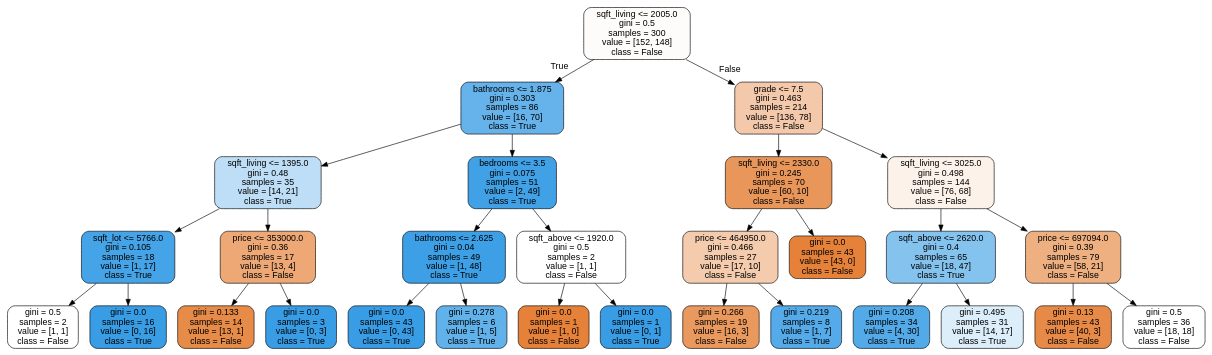
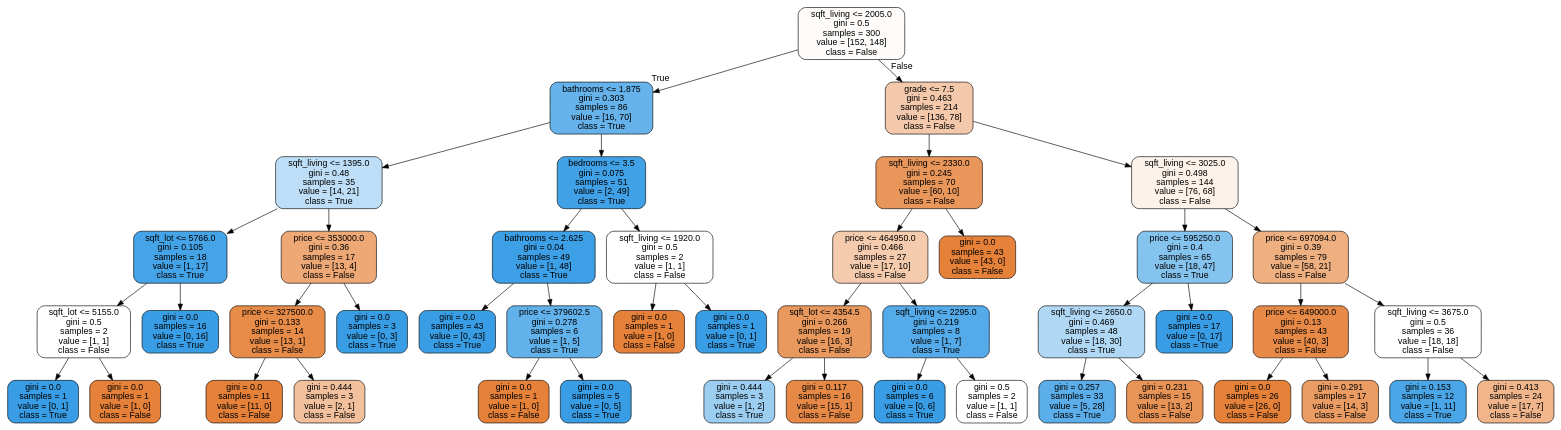
One commit to CSeijiM/Chatbot changed the diagram in res.dot. Above: the diagram before and after it, drawn with Graphviz. The commit also changed 5 other files, not shown here.

```diff
--- a/res.dot
+++ b/res.dot
@@ -1,61 +1,93 @@
 digraph Tree {
 node [shape=box, style="filled, rounded", color="black", fontname=helvetica] ;
 edge [fontname=helvetica] ;
 0 [label="sqft_living <= 2005.0\ngini = 0.5\nsamples = 300\nvalue = [152, 148]\nclass = False", fillcolor="#fefcfa"] ;
 1 [label="bathrooms <= 1.875\ngini = 0.303\nsamples = 86\nvalue = [16, 70]\nclass = True", fillcolor="#66b3eb"] ;
 0 -> 1 [labeldistance=2.5, labelangle=45, headlabel="True"] ;
 2 [label="sqft_living <= 1395.0\ngini = 0.48\nsamples = 35\nvalue = [14, 21]\nclass = True", fillcolor="#bddef6"] ;
 1 -> 2 ;
 3 [label="sqft_lot <= 5766.0\ngini = 0.105\nsamples = 18\nvalue = [1, 17]\nclass = True", fillcolor="#45a3e7"] ;
 2 -> 3 ;
-4 [label="gini = 0.5\nsamples = 2\nvalue = [1, 1]\nclass = False", fillcolor="#ffffff"] ;
+4 [label="sqft_lot <= 5155.0\ngini = 0.5\nsamples = 2\nvalue = [1, 1]\nclass = False", fillcolor="#ffffff"] ;
 3 -> 4 ;
-5 [label="gini = 0.0\nsamples = 16\nvalue = [0, 16]\nclass = True", fillcolor="#399de5"] ;
-3 -> 5 ;
-6 [label="price <= 353000.0\ngini = 0.36\nsamples = 17\nvalue = [13, 4]\nclass = False", fillcolor="#eda876"] ;
-2 -> 6 ;
-7 [label="gini = 0.133\nsamples = 14\nvalue = [13, 1]\nclass = False", fillcolor="#e78b48"] ;
-6 -> 7 ;
-8 [label="gini = 0.0\nsamples = 3\nvalue = [0, 3]\nclass = True", fillcolor="#399de5"] ;
-6 -> 8 ;
-9 [label="bedrooms <= 3.5\ngini = 0.075\nsamples = 51\nvalue = [2, 49]\nclass = True", fillcolor="#41a1e6"] ;
-1 -> 9 ;
-10 [label="bathrooms <= 2.625\ngini = 0.04\nsamples = 49\nvalue = [1, 48]\nclass = True", fillcolor="#3d9fe6"] ;
+5 [label="gini = 0.0\nsamples = 1\nvalue = [0, 1]\nclass = True", fillcolor="#399de5"] ;
+4 -> 5 ;
+6 [label="gini = 0.0\nsamples = 1\nvalue = [1, 0]\nclass = False", fillcolor="#e58139"] ;
+4 -> 6 ;
+7 [label="gini = 0.0\nsamples = 16\nvalue = [0, 16]\nclass = True", fillcolor="#399de5"] ;
+3 -> 7 ;
+8 [label="price <= 353000.0\ngini = 0.36\nsamples = 17\nvalue = [13, 4]\nclass = False", fillcolor="#eda876"] ;
+2 -> 8 ;
+9 [label="price <= 327500.0\ngini = 0.133\nsamples = 14\nvalue = [13, 1]\nclass = False", fillcolor="#e78b48"] ;
+8 -> 9 ;
+10 [label="gini = 0.0\nsamples = 11\nvalue = [11, 0]\nclass = False", fillcolor="#e58139"] ;
 9 -> 10 ;
-11 [label="gini = 0.0\nsamples = 43\nvalue = [0, 43]\nclass = True", fillcolor="#399de5"] ;
-10 -> 11 ;
-12 [label="gini = 0.278\nsamples = 6\nvalue = [1, 5]\nclass = True", fillcolor="#61b1ea"] ;
-10 -> 12 ;
-13 [label="sqft_above <= 1920.0\ngini = 0.5\nsamples = 2\nvalue = [1, 1]\nclass = False", fillcolor="#ffffff"] ;
-9 -> 13 ;
-14 [label="gini = 0.0\nsamples = 1\nvalue = [1, 0]\nclass = False", fillcolor="#e58139"] ;
+11 [label="gini = 0.444\nsamples = 3\nvalue = [2, 1]\nclass = False", fillcolor="#f2c09c"] ;
+9 -> 11 ;
+12 [label="gini = 0.0\nsamples = 3\nvalue = [0, 3]\nclass = True", fillcolor="#399de5"] ;
+8 -> 12 ;
+13 [label="bedrooms <= 3.5\ngini = 0.075\nsamples = 51\nvalue = [2, 49]\nclass = True", fillcolor="#41a1e6"] ;
+1 -> 13 ;
+14 [label="bathrooms <= 2.625\ngini = 0.04\nsamples = 49\nvalue = [1, 48]\nclass = True", fillcolor="#3d9fe6"] ;
 13 -> 14 ;
-15 [label="gini = 0.0\nsamples = 1\nvalue = [0, 1]\nclass = True", fillcolor="#399de5"] ;
-13 -> 15 ;
-16 [label="grade <= 7.5\ngini = 0.463\nsamples = 214\nvalue = [136, 78]\nclass = False", fillcolor="#f4c9ab"] ;
-0 -> 16 [labeldistance=2.5, labelangle=-45, headlabel="False"] ;
-17 [label="sqft_living <= 2330.0\ngini = 0.245\nsamples = 70\nvalue = [60, 10]\nclass = False", fillcolor="#e9965a"] ;
+15 [label="gini = 0.0\nsamples = 43\nvalue = [0, 43]\nclass = True", fillcolor="#399de5"] ;
+14 -> 15 ;
+16 [label="price <= 379602.5\ngini = 0.278\nsamples = 6\nvalue = [1, 5]\nclass = True", fillcolor="#61b1ea"] ;
+14 -> 16 ;
+17 [label="gini = 0.0\nsamples = 1\nvalue = [1, 0]\nclass = False", fillcolor="#e58139"] ;
 16 -> 17 ;
-18 [label="price <= 464950.0\ngini = 0.466\nsamples = 27\nvalue = [17, 10]\nclass = False", fillcolor="#f4cbad"] ;
-17 -> 18 ;
-19 [label="gini = 0.266\nsamples = 19\nvalue = [16, 3]\nclass = False", fillcolor="#ea995e"] ;
-18 -> 19 ;
-20 [label="gini = 0.219\nsamples = 8\nvalue = [1, 7]\nclass = True", fillcolor="#55abe9"] ;
-18 -> 20 ;
-21 [label="gini = 0.0\nsamples = 43\nvalue = [43, 0]\nclass = False", fillcolor="#e58139"] ;
-17 -> 21 ;
-22 [label="sqft_living <= 3025.0\ngini = 0.498\nsamples = 144\nvalue = [76, 68]\nclass = False", fillcolor="#fcf2ea"] ;
-16 -> 22 ;
-23 [label="sqft_above <= 2620.0\ngini = 0.4\nsamples = 65\nvalue = [18, 47]\nclass = True", fillcolor="#85c3ef"] ;
+18 [label="gini = 0.0\nsamples = 5\nvalue = [0, 5]\nclass = True", fillcolor="#399de5"] ;
+16 -> 18 ;
+19 [label="sqft_living <= 1920.0\ngini = 0.5\nsamples = 2\nvalue = [1, 1]\nclass = False", fillcolor="#ffffff"] ;
+13 -> 19 ;
+20 [label="gini = 0.0\nsamples = 1\nvalue = [1, 0]\nclass = False", fillcolor="#e58139"] ;
+19 -> 20 ;
+21 [label="gini = 0.0\nsamples = 1\nvalue = [0, 1]\nclass = True", fillcolor="#399de5"] ;
+19 -> 21 ;
+22 [label="grade <= 7.5\ngini = 0.463\nsamples = 214\nvalue = [136, 78]\nclass = False", fillcolor="#f4c9ab"] ;
+0 -> 22 [labeldistance=2.5, labelangle=-45, headlabel="False"] ;
+23 [label="sqft_living <= 2330.0\ngini = 0.245\nsamples = 70\nvalue = [60, 10]\nclass = False", fillcolor="#e9965a"] ;
 22 -> 23 ;
-24 [label="gini = 0.208\nsamples = 34\nvalue = [4, 30]\nclass = True", fillcolor="#53aae8"] ;
+24 [label="price <= 464950.0\ngini = 0.466\nsamples = 27\nvalue = [17, 10]\nclass = False", fillcolor="#f4cbad"] ;
 23 -> 24 ;
-25 [label="gini = 0.495\nsamples = 31\nvalue = [14, 17]\nclass = True", fillcolor="#dceefa"] ;
-23 -> 25 ;
-26 [label="price <= 697094.0\ngini = 0.39\nsamples = 79\nvalue = [58, 21]\nclass = False", fillcolor="#eeaf81"] ;
-22 -> 26 ;
-27 [label="gini = 0.13\nsamples = 43\nvalue = [40, 3]\nclass = False", fillcolor="#e78a48"] ;
-26 -> 27 ;
-28 [label="gini = 0.5\nsamples = 36\nvalue = [18, 18]\nclass = False", fillcolor="#ffffff"] ;
-26 -> 28 ;
+25 [label="sqft_lot <= 4354.5\ngini = 0.266\nsamples = 19\nvalue = [16, 3]\nclass = False", fillcolor="#ea995e"] ;
+24 -> 25 ;
+26 [label="gini = 0.444\nsamples = 3\nvalue = [1, 2]\nclass = True", fillcolor="#9ccef2"] ;
+25 -> 26 ;
+27 [label="gini = 0.117\nsamples = 16\nvalue = [15, 1]\nclass = False", fillcolor="#e78946"] ;
+25 -> 27 ;
+28 [label="sqft_living <= 2295.0\ngini = 0.219\nsamples = 8\nvalue = [1, 7]\nclass = True", fillcolor="#55abe9"] ;
+24 -> 28 ;
+29 [label="gini = 0.0\nsamples = 6\nvalue = [0, 6]\nclass = True", fillcolor="#399de5"] ;
+28 -> 29 ;
+30 [label="gini = 0.5\nsamples = 2\nvalue = [1, 1]\nclass = False", fillcolor="#ffffff"] ;
+28 -> 30 ;
+31 [label="gini = 0.0\nsamples = 43\nvalue = [43, 0]\nclass = False", fillcolor="#e58139"] ;
+23 -> 31 ;
+32 [label="sqft_living <= 3025.0\ngini = 0.498\nsamples = 144\nvalue = [76, 68]\nclass = False", fillcolor="#fcf2ea"] ;
+22 -> 32 ;
+33 [label="price <= 595250.0\ngini = 0.4\nsamples = 65\nvalue = [18, 47]\nclass = True", fillcolor="#85c3ef"] ;
+32 -> 33 ;
+34 [label="sqft_living <= 2650.0\ngini = 0.469\nsamples = 48\nvalue = [18, 30]\nclass = True", fillcolor="#b0d8f5"] ;
+33 -> 34 ;
+35 [label="gini = 0.257\nsamples = 33\nvalue = [5, 28]\nclass = True", fillcolor="#5caeea"] ;
+34 -> 35 ;
+36 [label="gini = 0.231\nsamples = 15\nvalue = [13, 2]\nclass = False", fillcolor="#e99457"] ;
+34 -> 36 ;
+37 [label="gini = 0.0\nsamples = 17\nvalue = [0, 17]\nclass = True", fillcolor="#399de5"] ;
+33 -> 37 ;
+38 [label="price <= 697094.0\ngini = 0.39\nsamples = 79\nvalue = [58, 21]\nclass = False", fillcolor="#eeaf81"] ;
+32 -> 38 ;
+39 [label="price <= 649000.0\ngini = 0.13\nsamples = 43\nvalue = [40, 3]\nclass = False", fillcolor="#e78a48"] ;
+38 -> 39 ;
+40 [label="gini = 0.0\nsamples = 26\nvalue = [26, 0]\nclass = False", fillcolor="#e58139"] ;
+39 -> 40 ;
+41 [label="gini = 0.291\nsamples = 17\nvalue = [14, 3]\nclass = False", fillcolor="#eb9c63"] ;
+39 -> 41 ;
+42 [label="sqft_living <= 3675.0\ngini = 0.5\nsamples = 36\nvalue = [18, 18]\nclass = False", fillcolor="#ffffff"] ;
+38 -> 42 ;
+43 [label="gini = 0.153\nsamples = 12\nvalue = [1, 11]\nclass = True", fillcolor="#4ba6e7"] ;
+42 -> 43 ;
+44 [label="gini = 0.413\nsamples = 24\nvalue = [17, 7]\nclass = False", fillcolor="#f0b58b"] ;
+42 -> 44 ;
 }
```
